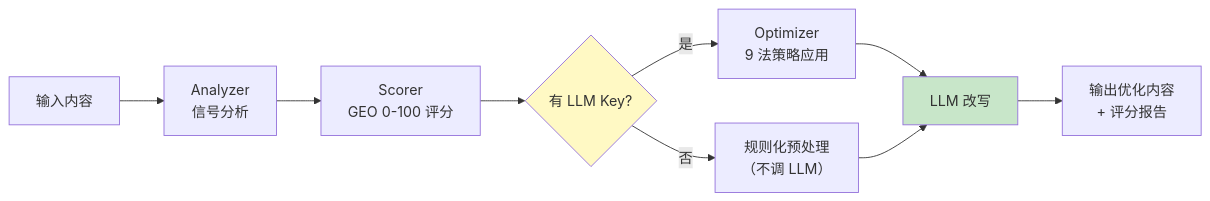
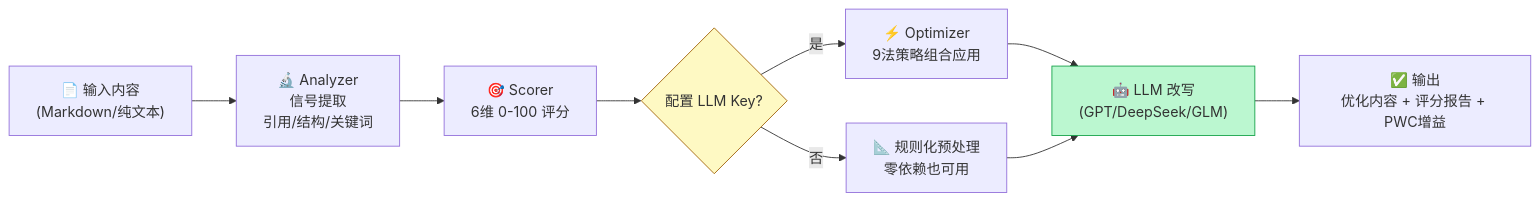
The fourth of 31 diagrams in docs/architecture.md (deep2code/geo), drawn with Mermaid before and after one commit. The commit also changed other lines of this file and 3 other files, not shown here.

First line of the commit message:
docs: 全面美化文档，大量采用 Mermaid 图表

````diff
--- a/docs/architecture.md
+++ b/docs/architecture.md
@@ -64,14 +137,14 @@
 ```mermaid
 flowchart LR
-    A["输入内容"] --> B["Analyzer<br/>信号分析"]
-    B --> C["Scorer<br/>GEO 0-100 评分"]
-    C --> D{有 LLM Key?}
-    D -->|是| E["Optimizer<br/>9 法策略应用"]
-    D -->|否| F["规则化预处理<br/>（不调 LLM）"]
-    E --> G["LLM 改写"]
+    A["📄 输入内容<br/>(Markdown/纯文本)"] --> B["🔬 Analyzer<br/>信号提取<br/>引用/结构/关键词"]
+    B --> C["🎯 Scorer<br/>6维 0-100 评分"]
+    C --> D{配置 LLM Key?}
+    D -->|是| E["⚡ Optimizer<br/>9法策略组合应用"]
+    D -->|否| F["📐 规则化预处理<br/>零依赖也可用"]
+    E --> G["🤖 LLM 改写<br/>(GPT/DeepSeek/GLM)"]
     F --> G
-    G --> H["输出优化内容<br/>+ 评分报告"]
+    G --> H["✅ 输出<br/>优化内容 + 评分报告 + PWC增益"]
 
-    style D fill:#fff9c4
-    style G fill:#c8e6c9
+    style D fill:#fef9c3,stroke:#a16207
+    style G fill:#bbf7d0,stroke:#16a34a
 ```
````
